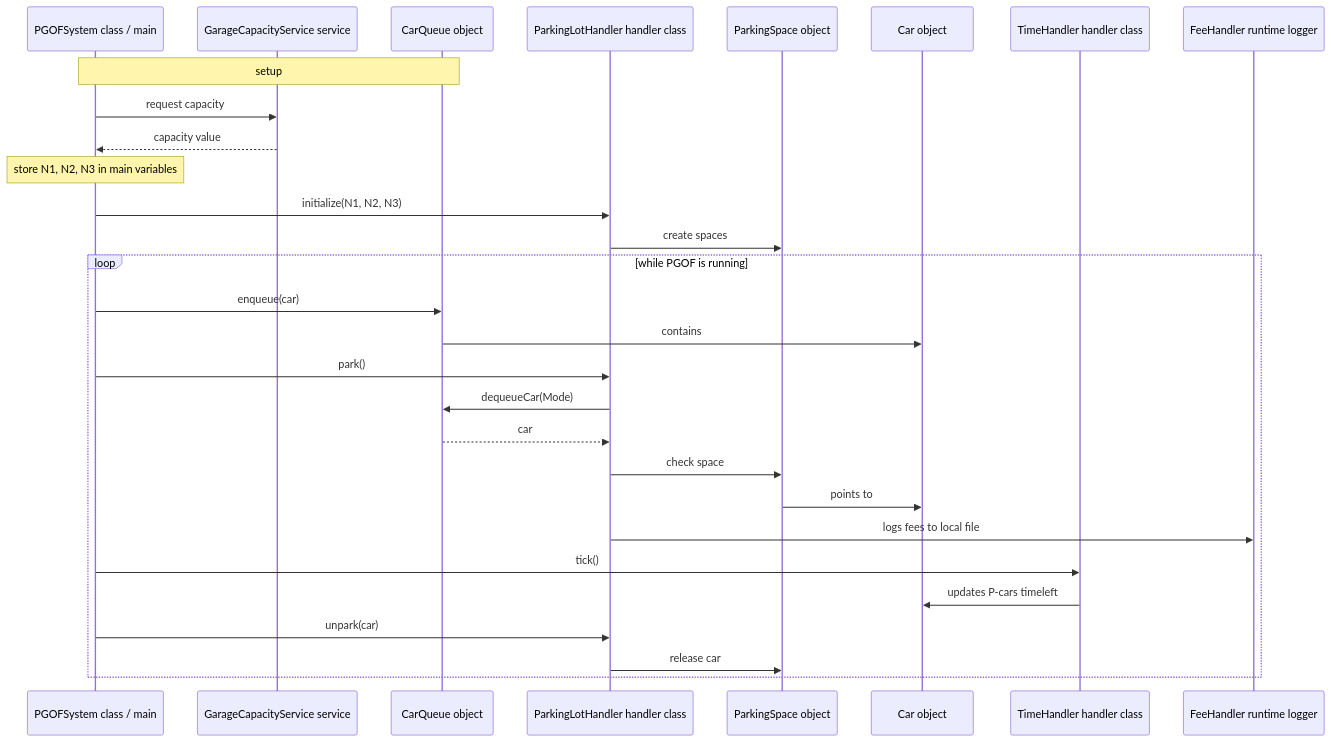
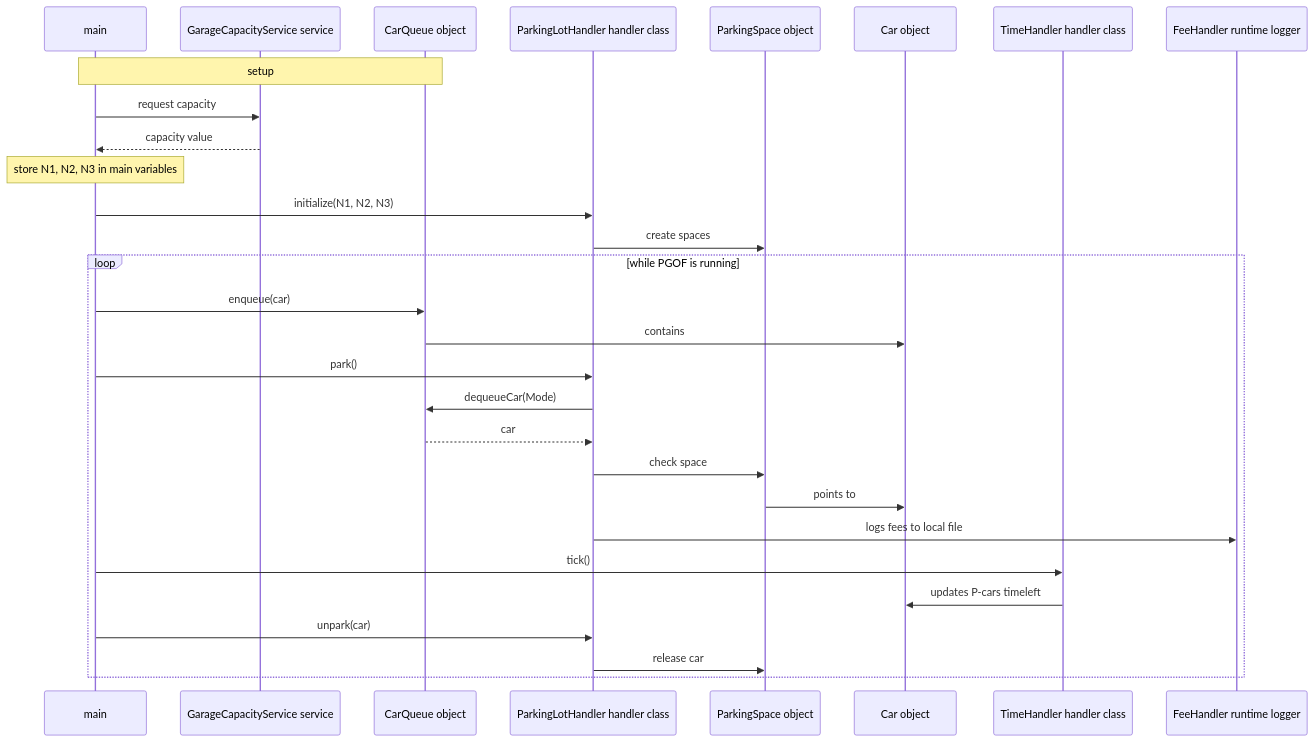
Before and after one commit to sanleches/PGOF: the second of 2 diagrams in design.md, drawn with Mermaid. The commit also changed other lines of this file and 17 other files, not shown here.

````diff
--- a/design.md
+++ b/design.md
@@ -102,36 +102,36 @@
 ```mermaid
 sequenceDiagram
-    participant PGOFSystem as PGOFSystem class / main
+    participant main as main
     participant GarageCapacityService as GarageCapacityService service
     participant CarQueue as CarQueue object
     participant ParkingLotHandler as ParkingLotHandler handler class
     participant ParkingSpace as ParkingSpace object
     participant Car as Car object
     participant TimeHandler as TimeHandler handler class
     participant FeeHandler as FeeHandler runtime logger
 
-    Note over PGOFSystem,CarQueue: setup
-    PGOFSystem->>GarageCapacityService: request capacity
-    GarageCapacityService-->>PGOFSystem: capacity value
-    Note over PGOFSystem: store N1, N2, N3 in main variables
-    PGOFSystem->>ParkingLotHandler: initialize(N1, N2, N3)
+    Note over main,CarQueue: setup
+    main->>GarageCapacityService: request capacity
+    GarageCapacityService-->>main: capacity value
+    Note over main: store N1, N2, N3 in main variables
+    main->>ParkingLotHandler: initialize(N1, N2, N3)
     ParkingLotHandler->>ParkingSpace: create spaces
     
     loop while PGOF is running
-        PGOFSystem->>CarQueue: enqueue(car)
+        main->>CarQueue: enqueue(car)
         CarQueue->>Car: contains
 
-        PGOFSystem->>ParkingLotHandler: park()
+        main->>ParkingLotHandler: park()
         ParkingLotHandler->>CarQueue: dequeueCar(Mode)
         CarQueue-->>ParkingLotHandler: car
         ParkingLotHandler->>ParkingSpace: check space
         ParkingSpace->>Car: points to
         ParkingLotHandler->>FeeHandler: logs fees to local file
 
-        PGOFSystem->>TimeHandler: tick()
+        main->>TimeHandler: tick()
         TimeHandler->>Car: updates P-cars timeleft
 
-        PGOFSystem->>ParkingLotHandler: unpark(car)
+        main->>ParkingLotHandler: unpark(car)
         ParkingLotHandler->>ParkingSpace: release car
     end
 ```
````
